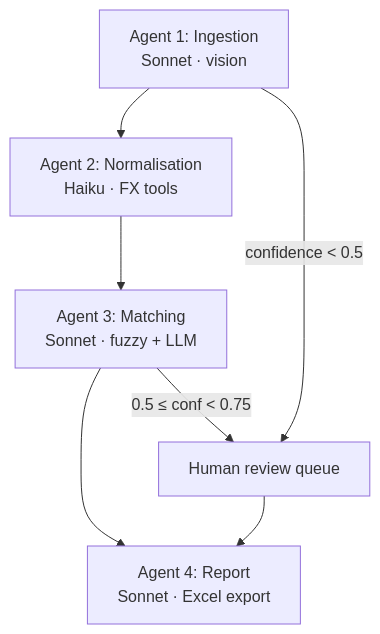
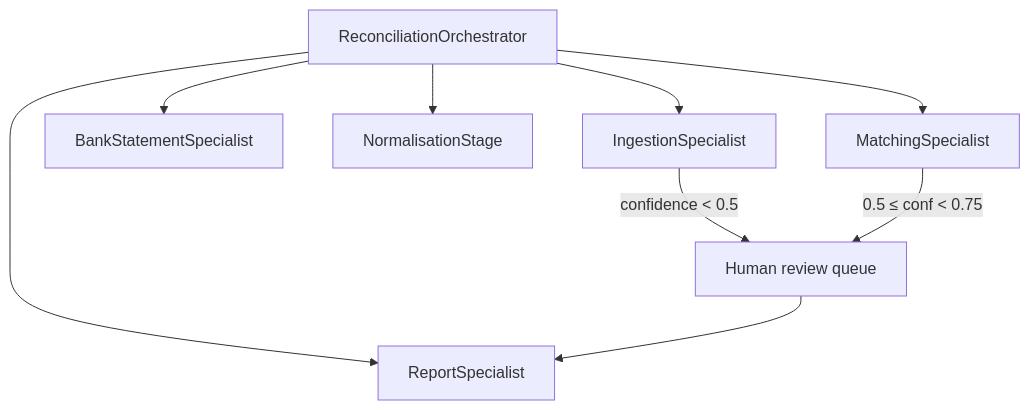
The second of 2 diagrams in docs/architecture.md (adamchok/Aria), drawn with Mermaid before and after one commit. The commit also changed other lines of this file and 89 other files, not shown here.

````diff
--- a/docs/architecture.md
+++ b/docs/architecture.md
@@ -72,9 +72,11 @@
 ```mermaid
 flowchart TD
-  IN[Agent 1: Ingestion<br/>Sonnet · vision] --> NO[Agent 2: Normalisation<br/>Haiku · FX tools]
-  NO --> MA[Agent 3: Matching<br/>Sonnet · fuzzy + LLM]
-  MA --> RE[Agent 4: Report<br/>Sonnet · Excel export]
+  ORCH[ReconciliationOrchestrator] --> IN[IngestionSpecialist]
+  ORCH --> BS[BankStatementSpecialist]
+  ORCH --> NO[NormalisationStage]
+  ORCH --> MA[MatchingSpecialist]
+  ORCH --> RE[ReportSpecialist]
   IN -->|confidence &lt; 0.5| HR[Human review queue]
   HR --> RE
   MA -->|0.5 ≤ conf &lt; 0.75| HR
 ```
````
